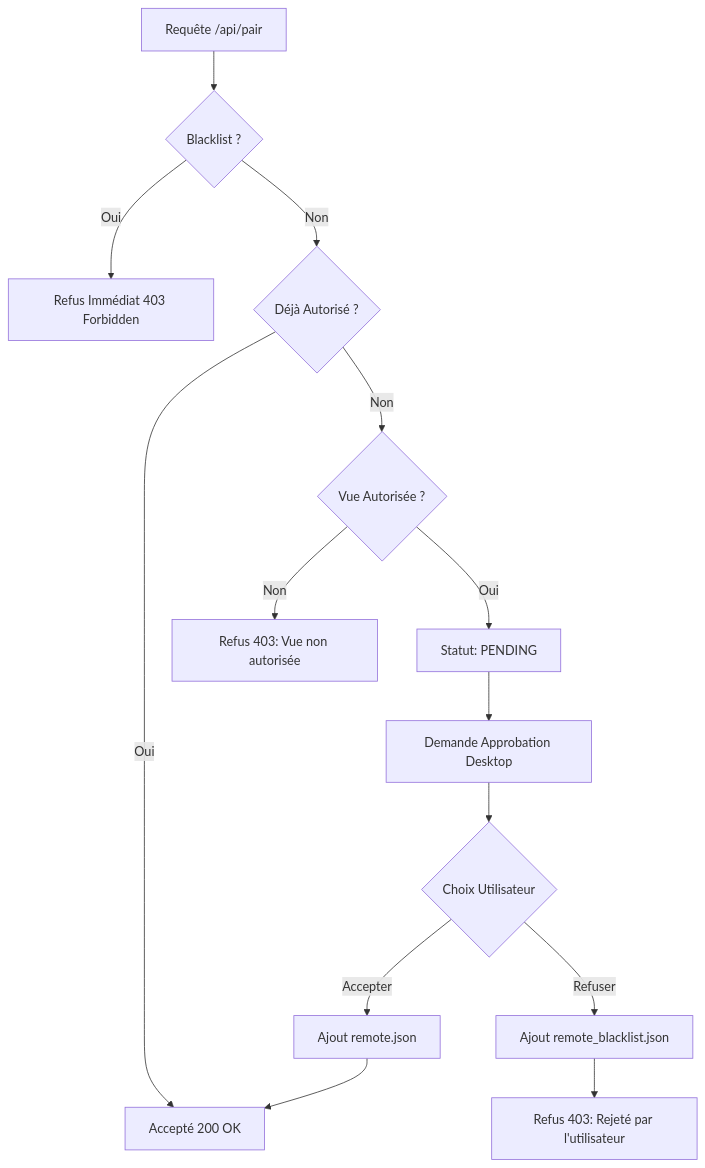
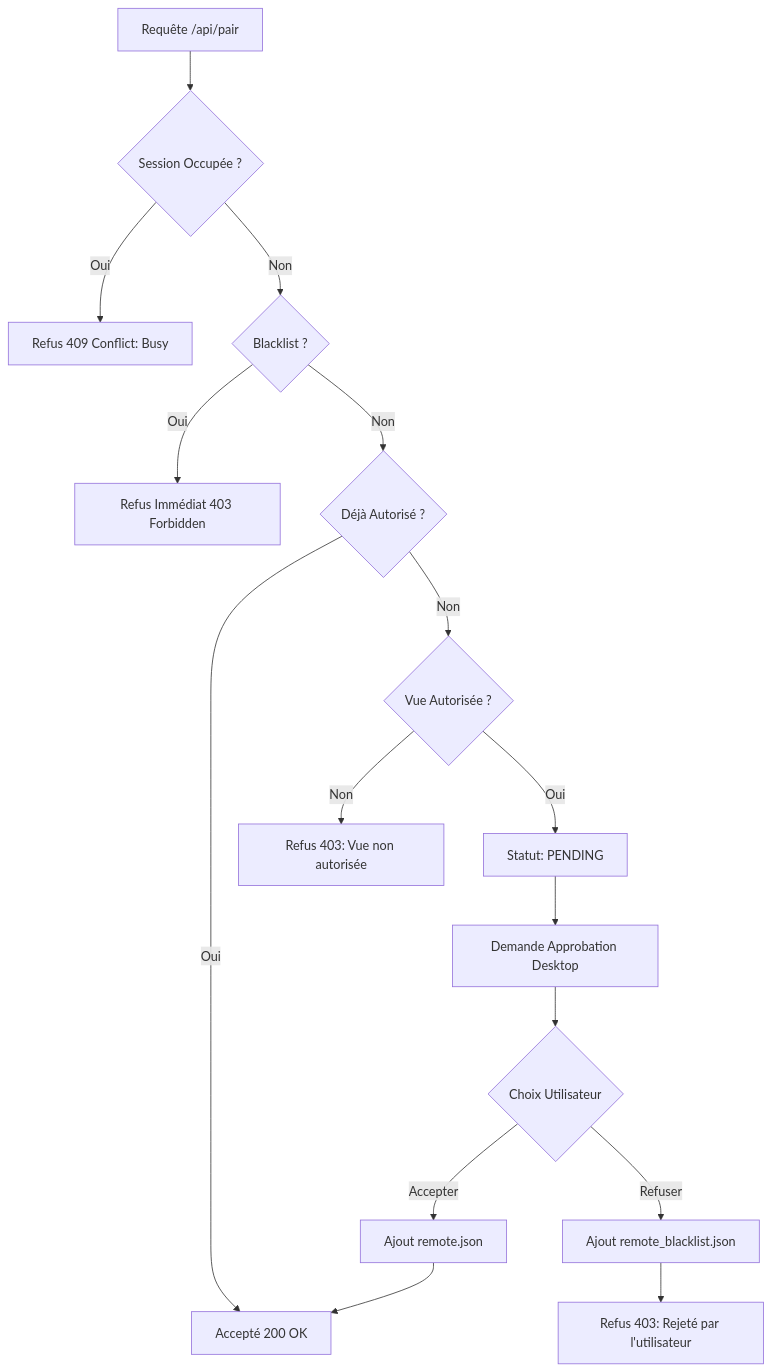
Before and after one commit to JMBaubet/VisuGPS: the diagram in documentation/remote_interface/SECURITE_ET_PERSISTANCE.md, drawn with Mermaid. The commit also changed other lines of this file and 7 other files, not shown here.

````diff
--- a/documentation/remote_interface/SECURITE_ET_PERSISTANCE.md
+++ b/documentation/remote_interface/SECURITE_ET_PERSISTANCE.md
@@ -53,21 +53,24 @@
 ```mermaid
 graph TD
-    REQ[Requête /api/pair] --> BL{Blacklist ?}
+    REQ[Requête /api/pair] --> BUSY{Session Occupée ?}
+    BUSY -- Oui --> REF_BUSY[Refus 409 Conflict: Busy]
+    BUSY -- Non --> BL{Blacklist ?}
+    
     BL -- Oui --> REF_BL[Refus Immédiat 403 Forbidden]
     BL -- Non --> AUTH{Déjà Autorisé ?}
     
     AUTH -- Oui --> OK[Accepté 200 OK]
     AUTH -- Non --> VIEW{Vue Autorisée ?}
     
     VIEW -- Non --> REF_VIEW[Refus 403: Vue non autorisée]
     VIEW -- Oui --> PEND[Statut: PENDING]
     
     PEND --> DESK[Demande Approbation Desktop]
     DESK --> USER{Choix Utilisateur}
     
     USER -- Accepter --> SAVE[Ajout remote.json]
     SAVE --> OK
     
     USER -- Refuser --> BANN[Ajout remote_blacklist.json]
     BANN --> REF_USER[Refus 403: Rejeté par l'utilisateur]
 ```
````
